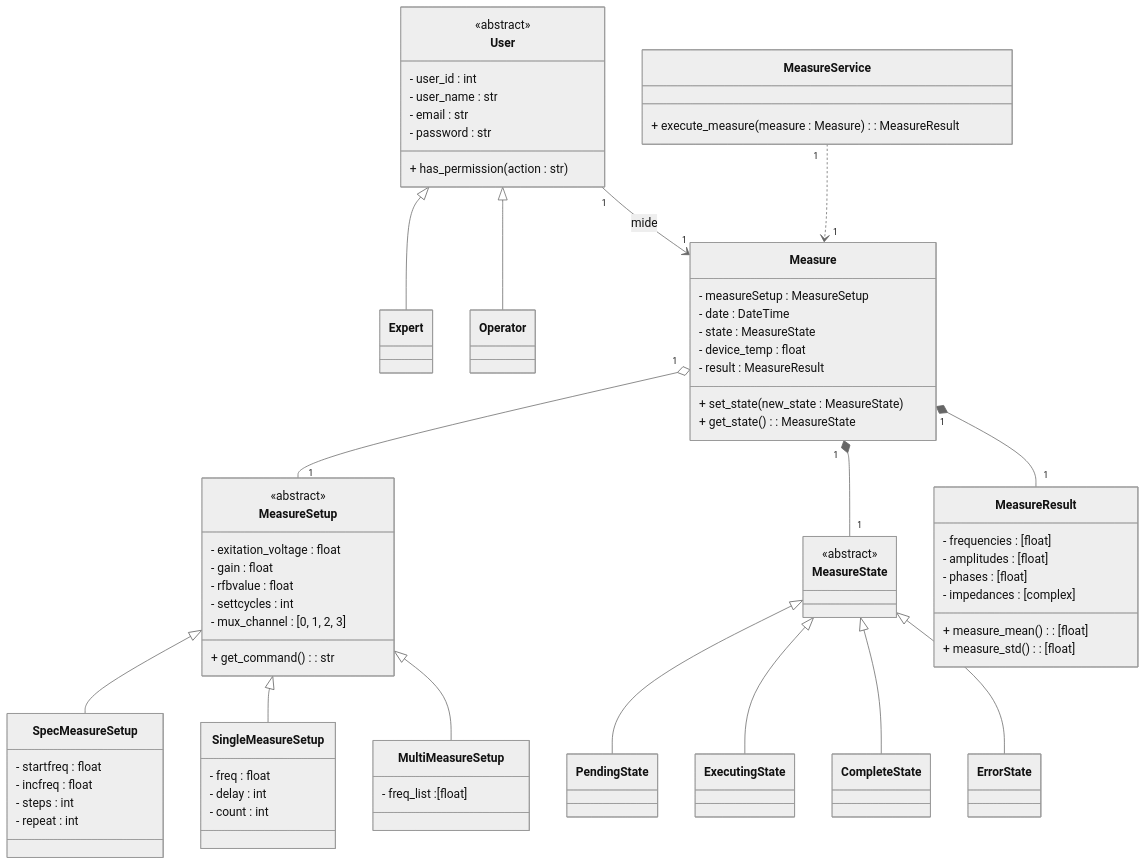
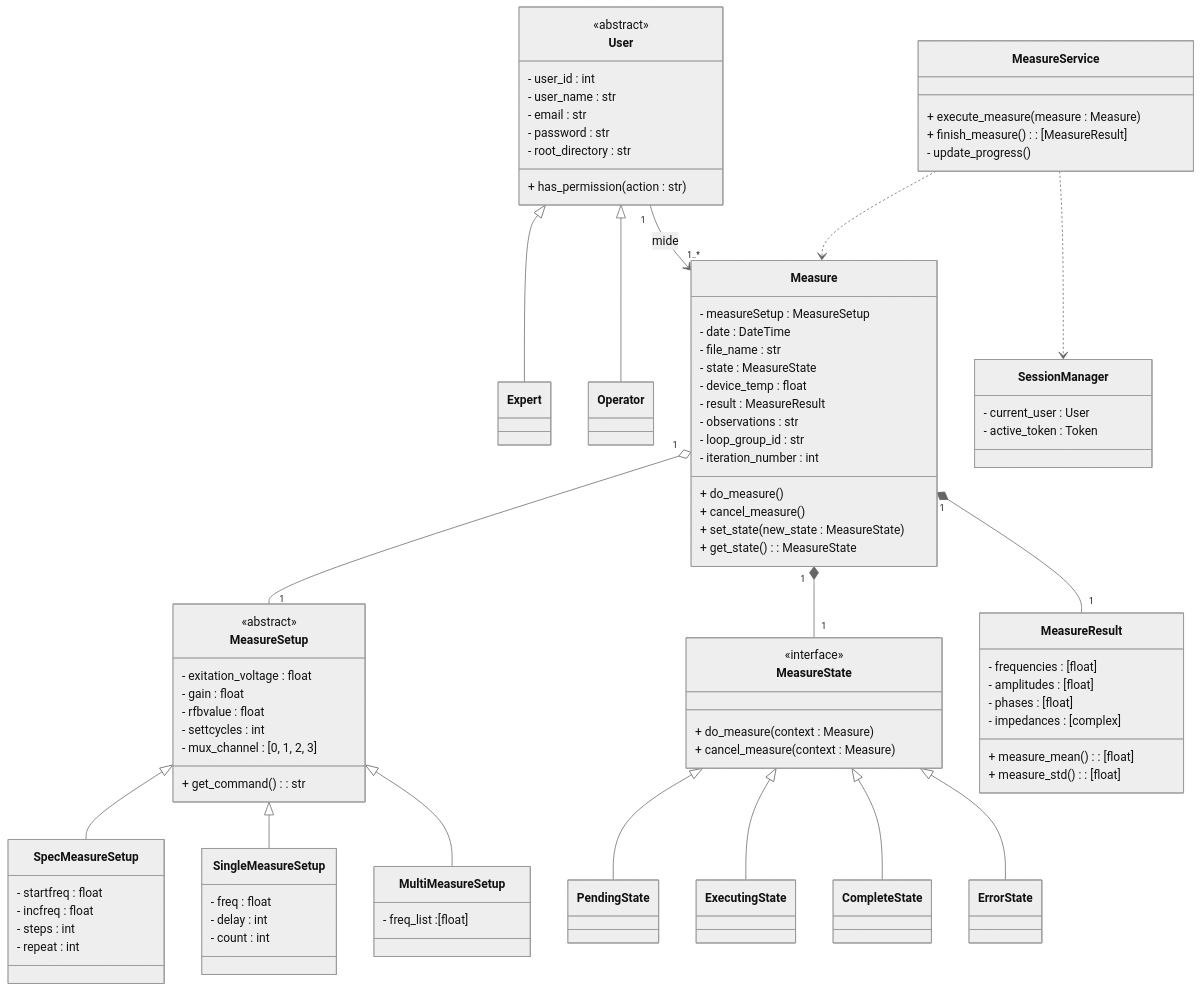
The fourth of 6 diagrams in Gmini-MarkDown/Clases Conceptuales.md (alegrelias/Repo-GMini), drawn with Mermaid (neutral theme) before and after one commit. The commit also changed other lines of this file and 3 other files, not shown here.

````diff
--- a/Gmini-MarkDown/Clases Conceptuales.md
+++ b/Gmini-MarkDown/Clases Conceptuales.md
@@ -369,31 +479,40 @@
 
 %% clases
 class User {
-        <<abstract>>
-        - user_id : int
-        - user_name : str
-        - email : str
-        - password : str
-        + has_permission(action : str)
-    }
-    
+	<<abstract>>
+	- user_id : int
+	- user_name : str
+	- email : str
+	- password : str
+	- root_directory : str
+	+ has_permission(action : str)
+}
 
-    
 class Operator{
 
 }
 class Expert{
-
 }
 
 class Measure {
 	- measureSetup : MeasureSetup
 	- date : DateTime
+	- file_name : str
 	- state : MeasureState
 	- device_temp : float
 	- result : MeasureResult
+	- observations : str
+	- loop_group_id : str
+	- iteration_number : int
+	+ do_measure()
+	+ cancel_measure()
 	+ set_state(new_state : MeasureState)
 	+ get_state() : MeasureState
+}
+
+class SessionManager{
+	- current_user : User
+	- active_token : Token
 }
 
 class MeasureSetup {
@@ -430,11 +549,15 @@
 }
 
 class MeasureService{
-	+ execute_measure(measure : Measure) : MeasureResult
+	+ execute_measure(measure : Measure)
+	+ finish_measure() : [MeasureResult]
+	- update_progress()
 }
 
 class MeasureState{
-	 <<abstract>>
+	 <<interface>>
+	 + do_measure(context : Measure)
+	 + cancel_measure(context : Measure)
 }
 class PendingState
 class ExecutingState
@@ -442,11 +565,12 @@
 class ErrorState
 
 %% relaciones
-User "1"-->"1" Measure : mide
+User "1"-->"1..*" Measure : mide
 
 Measure "1"o--"1" MeasureSetup
 Measure "1"*--"1" MeasureResult
 Measure "1"*--"1" MeasureState
 
-MeasureService "1"..>"1" Measure
+MeasureService ..> Measure
+MeasureService ..> SessionManager
 ```
````
